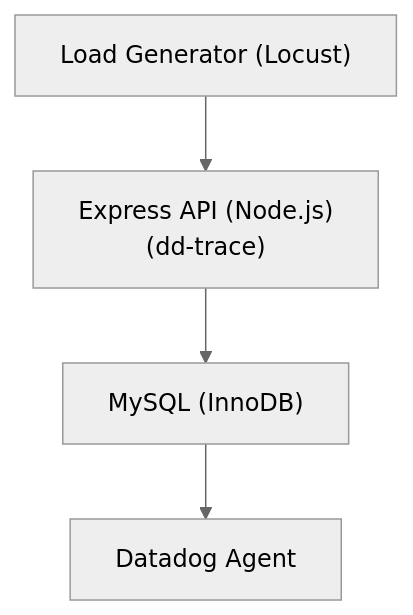
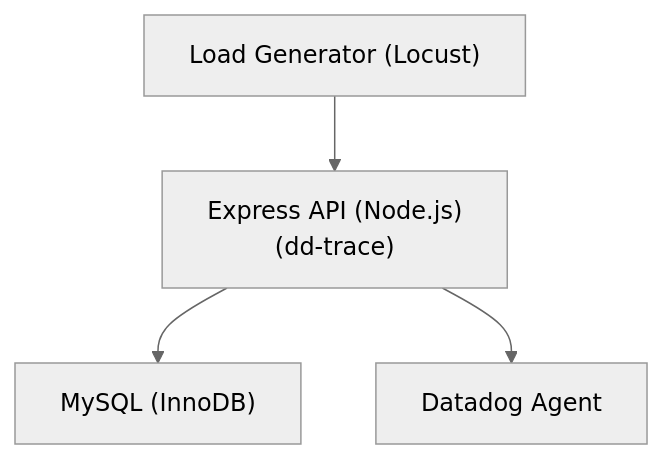
One commit to nelsiroh/mysql-api-project changed the first of 2 diagrams in README.md. Above: the diagram before and after it, drawn with Mermaid. The commit also changed other lines of this file and 1 other file, not shown here.

Commit message:
Updated README.md to mention Grafana Alloy, updated diagrams, tweaked table seeding script to use python3

````diff
--- a/README.md
+++ b/README.md
@@ -51,13 +55,13 @@
 ```mermaid
 %%{init: {'theme':'neutral','themeVariables':{'fontSize':'16px'}}}%%
 flowchart TD
 
 L["Load Generator (Locust)"]
 A["Express API (Node.js)<br/>(dd-trace)"]
 D["MySQL (InnoDB)"]
 G["Datadog Agent"]
 
 L --> A
 A --> D
-D --> G
+A --> G
 ```
````
